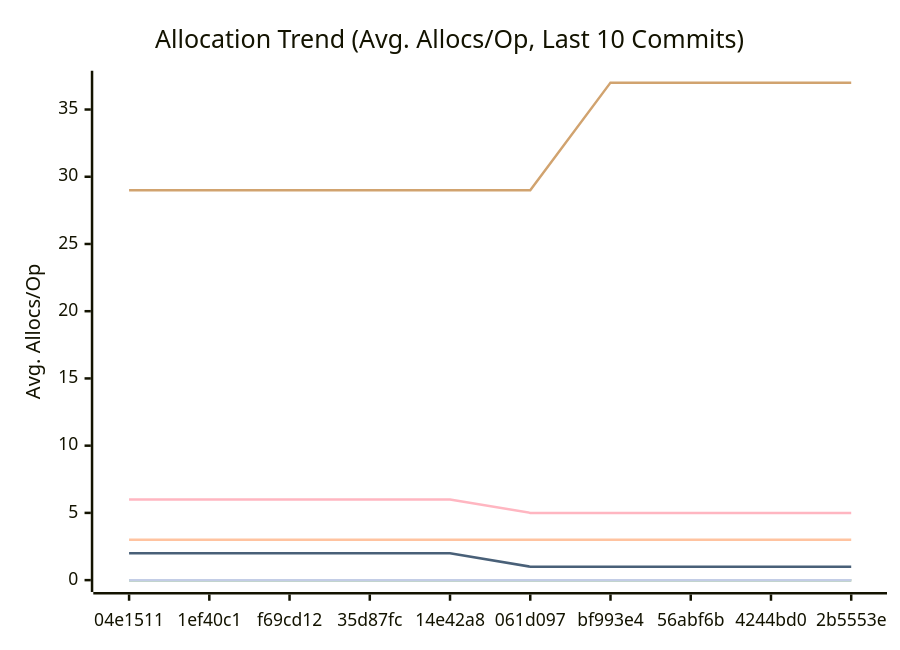
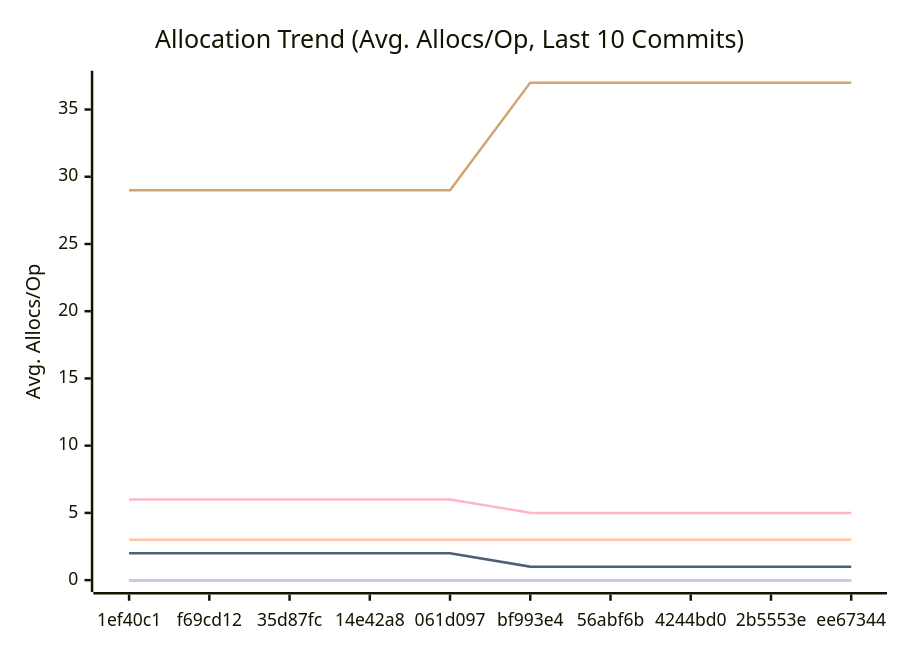
The third of 3 diagrams in docs/PERFORMANCE.md (alsotoes/momo), drawn with Mermaid before and after one commit. The commit also changed other lines of this file and 14 other files, not shown here.

````diff
--- a/docs/PERFORMANCE.md
+++ b/docs/PERFORMANCE.md
@@ -114,16 +114,16 @@
 ```mermaid
 xychart-beta
     title "Allocation Trend (Avg. Allocs/Op, Last 10 Commits)"
     x-axis "Commit"
     y-axis "Avg. Allocs/Op"
-    x-axis [04e1511,1ef40c1,f69cd12,35d87fc,14e42a8,061d097,bf993e4,56abf6b,4244bd0,2b5553e]
+    x-axis [1ef40c1,f69cd12,35d87fc,14e42a8,061d097,bf993e4,56abf6b,4244bd0,2b5553e,ee67344]
     line "CheckMetricsAndSwap" [0,0,0,0,0,0,0,0,0,0]
     line "CrushOptimized" [0,0,0,0,0,0,0,0,0,0]
     line "CrushOriginal" [3,3,3,3,3,3,3,3,3,3]
     line "IndexDirectTracking" [0,0,0,0,0,0,0,0,0,0]
     line "IndexSearch" [0,0,0,0,0,0,0,0,0,0]
-    line "LoadGlobalConfig" [29,29,29,29,29,29,37,37,37,37]
+    line "LoadGlobalConfig" [29,29,29,29,29,37,37,37,37,37]
     line "PadString" [0,0,0,0,0,0,0,0,0,0]
     line "ParseReplicationOrder_NoPrealloc" [6,6,6,6,6,5,5,5,5,5]
     line "ParseReplicationOrder_Prealloc" [2,2,2,2,2,1,1,1,1,1]
 ```
````
